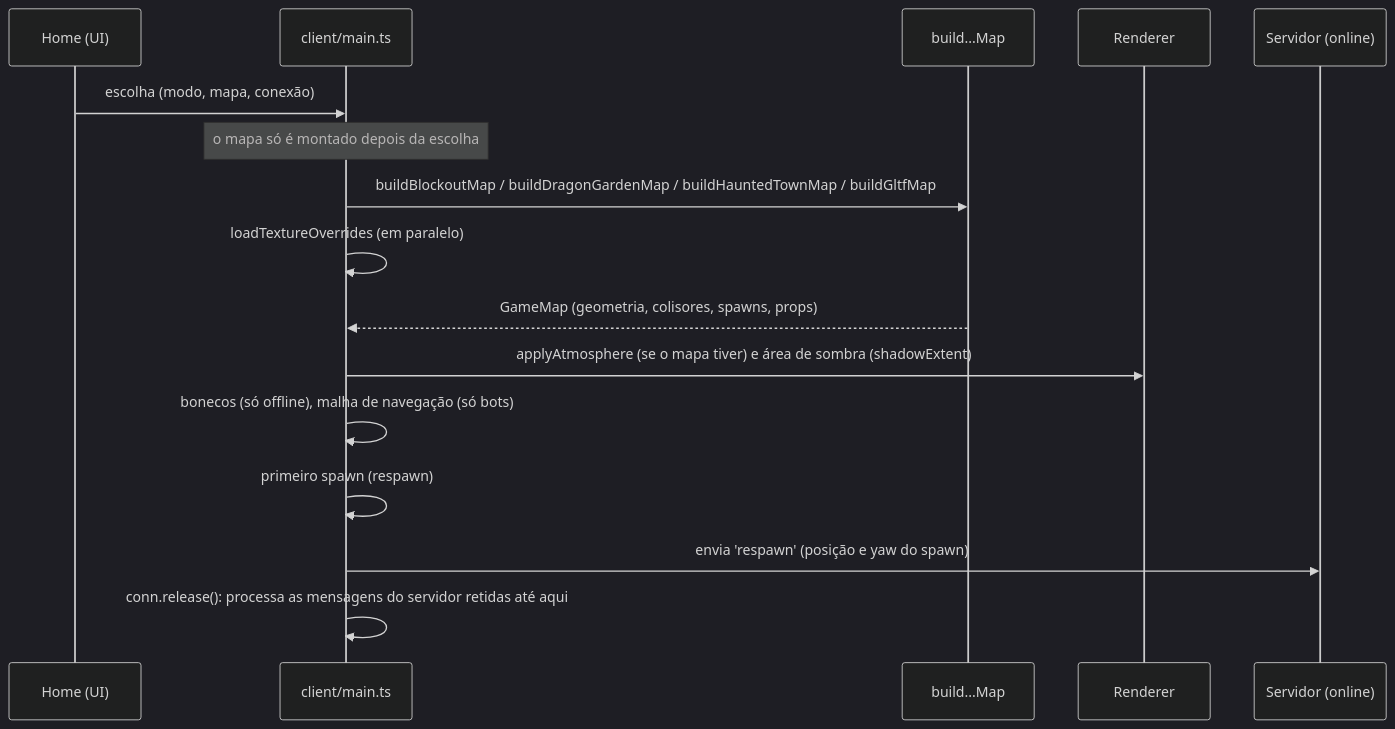
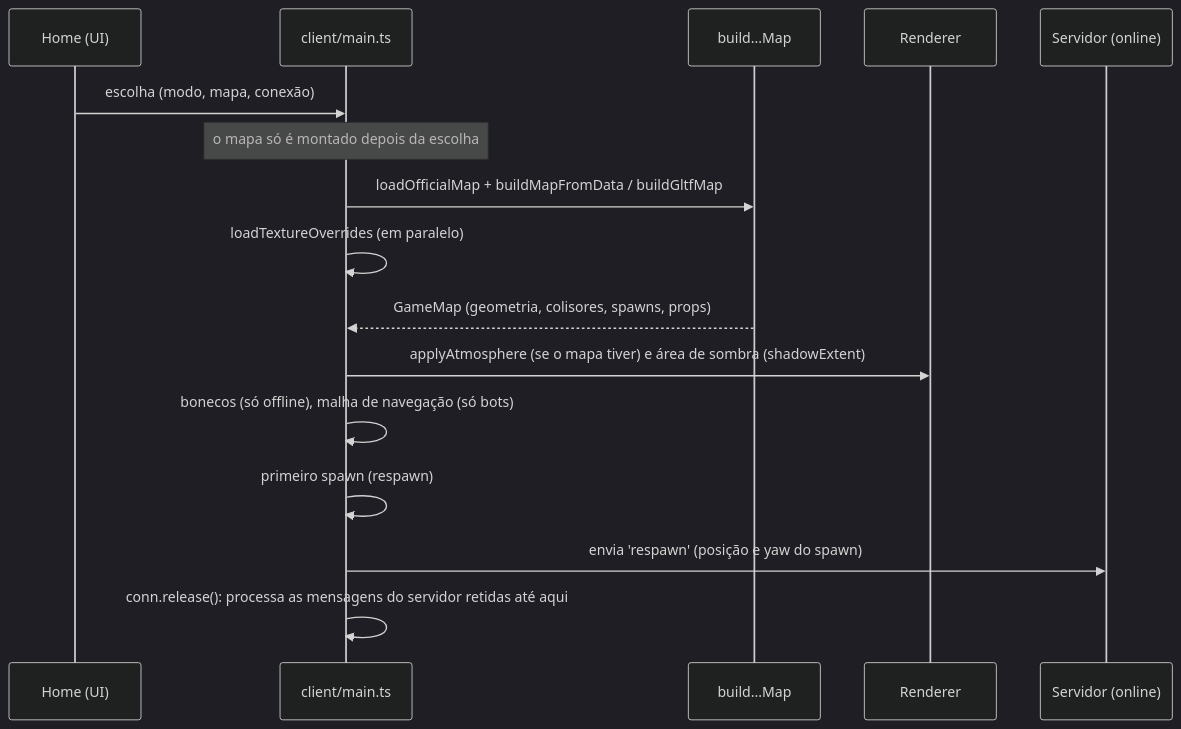
One commit to JPLabussiereF/offensive-combat-reload changed the diagram in Game-Vault/04 - World & Maps/Level Flow.md. Above: the diagram before and after it, drawn with Mermaid (dark theme). The commit also changed other lines of this file and 58 other files, not shown here.

````diff
--- a/Game-Vault/04 - World & Maps/Level Flow.md
+++ b/Game-Vault/04 - World & Maps/Level Flow.md
@@ -38,18 +38,18 @@
 ```mermaid
 sequenceDiagram
     participant Home as Home (UI)
     participant Main as client/main.ts
     participant Builder as build...Map
     participant Render as Renderer
     participant Server as Servidor (online)
     Home->>Main: escolha (modo, mapa, conexão)
     Note over Main: o mapa só é montado depois da escolha
-    Main->>Builder: buildBlockoutMap / buildDragonGardenMap / buildHauntedTownMap / buildGltfMap
+    Main->>Builder: loadOfficialMap + buildMapFromData / buildGltfMap
     Main->>Main: loadTextureOverrides (em paralelo)
     Builder-->>Main: GameMap (geometria, colisores, spawns, props)
     Main->>Render: applyAtmosphere (se o mapa tiver) e área de sombra (shadowExtent)
     Main->>Main: bonecos (só offline), malha de navegação (só bots)
     Main->>Main: primeiro spawn (respawn)
     Main->>Server: envia 'respawn' (posição e yaw do spawn)
     Main->>Main: conn.release(): processa as mensagens do servidor retidas até aqui
 ```
````
